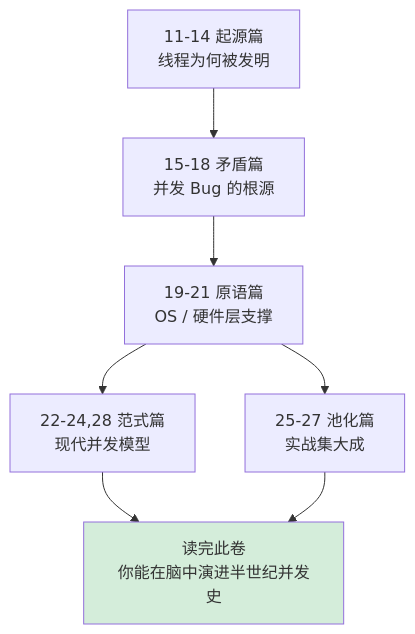
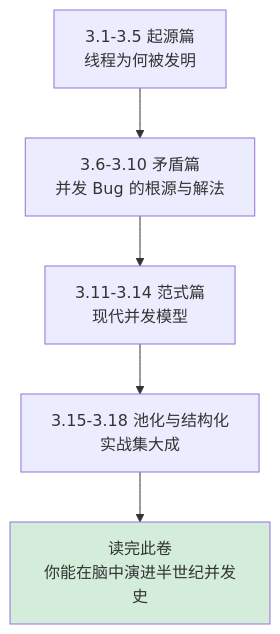
One commit to chongyang211/YCBookBlog changed the diagram in 00.通用技术的提升/02.程序编程原理/03.第3卷并发之道/README.md. Above: the diagram before and after it, drawn with Mermaid. The commit also changed other lines of this file and 57 other files, not shown here.

Commit message:
一张图看懂这篇导读

````diff
--- a/00.通用技术的提升/02.程序编程原理/03.第3卷并发之道/README.md
+++ b/00.通用技术的提升/02.程序编程原理/03.第3卷并发之道/README.md
@@ -71,10 +66,8 @@
 ```mermaid
 flowchart TB
-    A[11-14 起源篇<br/>线程为何被发明] --> B[15-18 矛盾篇<br/>并发 Bug 的根源]
-    B --> C[19-21 原语篇<br/>OS / 硬件层支撑]
-    C --> D[22-24,28 范式篇<br/>现代并发模型]
-    C --> E[25-27 池化篇<br/>实战集大成]
+    A[3.1-3.5 起源篇<br/>线程为何被发明] --> B[3.6-3.10 矛盾篇<br/>并发 Bug 的根源与解法]
+    B --> C[3.11-3.14 范式篇<br/>现代并发模型]
+    C --> D[3.15-3.18 池化与结构化<br/>实战集大成]
     D --> F[读完此卷<br/>你能在脑中演进半世纪并发史]
-    E --> F
     style F fill:#d4edda
 ```
````
